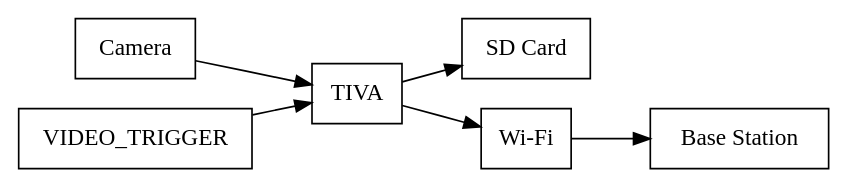
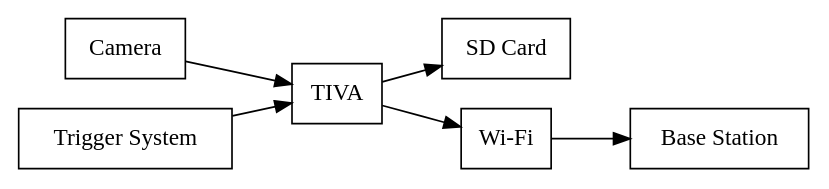
One commit to alexjlaberge/473BodyCam changed the diagram in tex/subsys_video.dot. Above: the diagram before and after it, drawn with Graphviz. The commit also changed 7 other files, not shown here.

```diff
--- a/tex/subsys_video.dot
+++ b/tex/subsys_video.dot
@@ -1,19 +1,19 @@
 digraph G {
     node [shape="box"];
     rankdir = LR;
 
     bs [label="Base Station"]
     camera [label="Camera"]
     sd [label="SD Card"]
     tiva [label="TIVA"]
-    trigger [label="VIDEO_TRIGGER"]
+    trigger [label="Trigger System"]
     wifi [label="Wi-Fi"]
 
     camera -> tiva
     trigger -> tiva
 
     tiva -> sd
     tiva -> wifi
 
     wifi -> bs
 }
```
